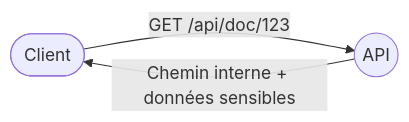
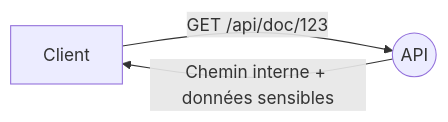
One commit to ophenix-maisonneuve/420-950-ma-site-web changed the second of 2 diagrams in _notes/stride/menaces/stride-information-disclosure.md. Above: the diagram before and after it, drawn with Mermaid. The commit also changed 3 other files, not shown here.

````diff
--- a/_notes/stride/menaces/stride-information-disclosure.md
+++ b/_notes/stride/menaces/stride-information-disclosure.md
@@ -124,5 +124,5 @@
 ```mermaid
 flowchart LR
-    Client([Client]) -->|GET /api/doc/123| API((API))
+    Client[Client] -->|GET /api/doc/123| API((API))
     API -->|Chemin interne + données sensibles| Client
 ```
````
